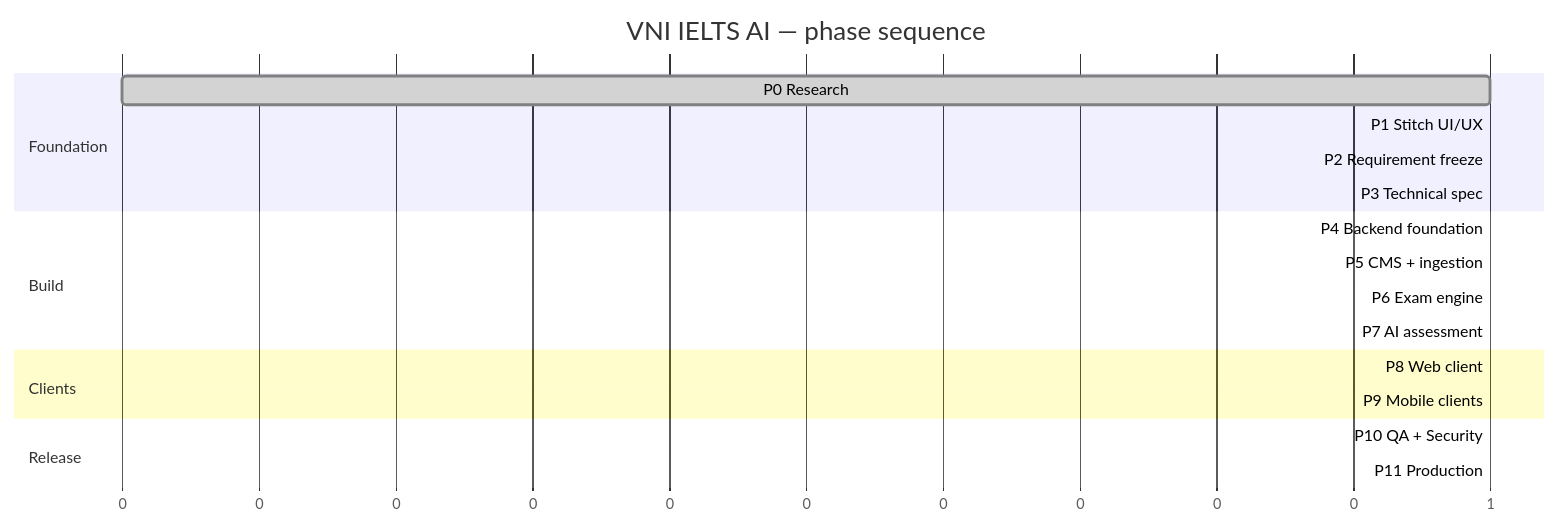
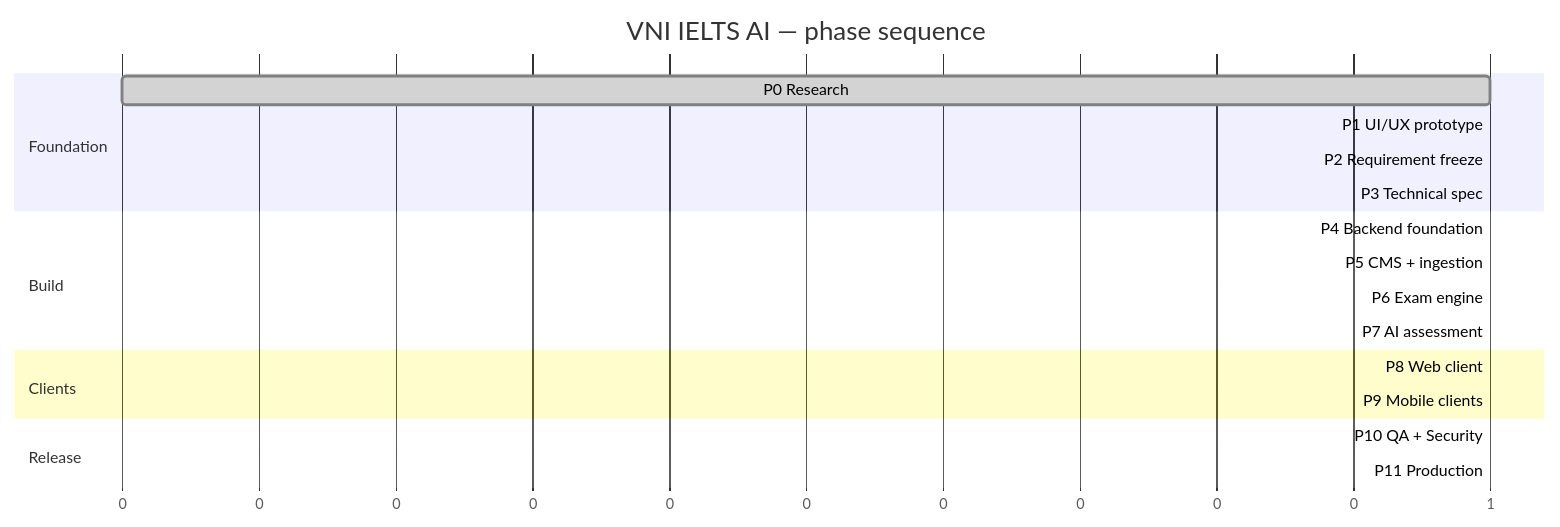
The diagram in docs/development/roadmap.md (thang-dev-aptech/vni-ielts-ai), drawn with Mermaid before and after one commit. The commit also changed other lines of this file and 162 other files, not shown here.

````diff
--- a/docs/development/roadmap.md
+++ b/docs/development/roadmap.md
@@ -9,26 +9,26 @@
 ```mermaid
 gantt
     title VNI IELTS AI — phase sequence
     dateFormat X
     axisFormat %s
 
     section Foundation
     P0 Research                :done, p0, 0, 1
-    P1 Stitch UI/UX            :p1, after p0, 1
+    P1 UI/UX prototype         :p1, after p0, 1
     P2 Requirement freeze      :crit, p2, after p1, 1
     P3 Technical spec          :p3, after p2, 1
 
     section Build
     P4 Backend foundation      :p4, after p3, 1
     P5 CMS + ingestion         :p5, after p4, 1
     P6 Exam engine             :p6, after p4, 1
     P7 AI assessment           :crit, p7, after p6, 1
 
     section Clients
     P8 Web client              :p8, after p6, 1
     P9 Mobile clients          :p9, after p8, 1
 
     section Release
     P10 QA + Security          :p10, after p9, 1
     P11 Production             :p11, after p10, 1
 ```
````
